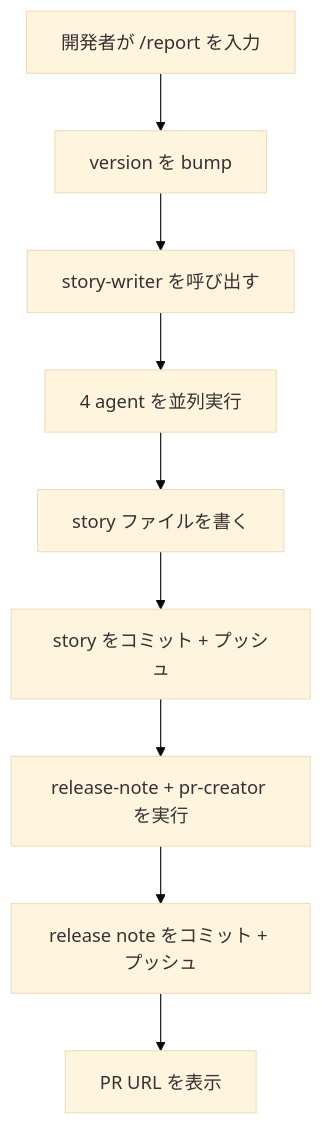
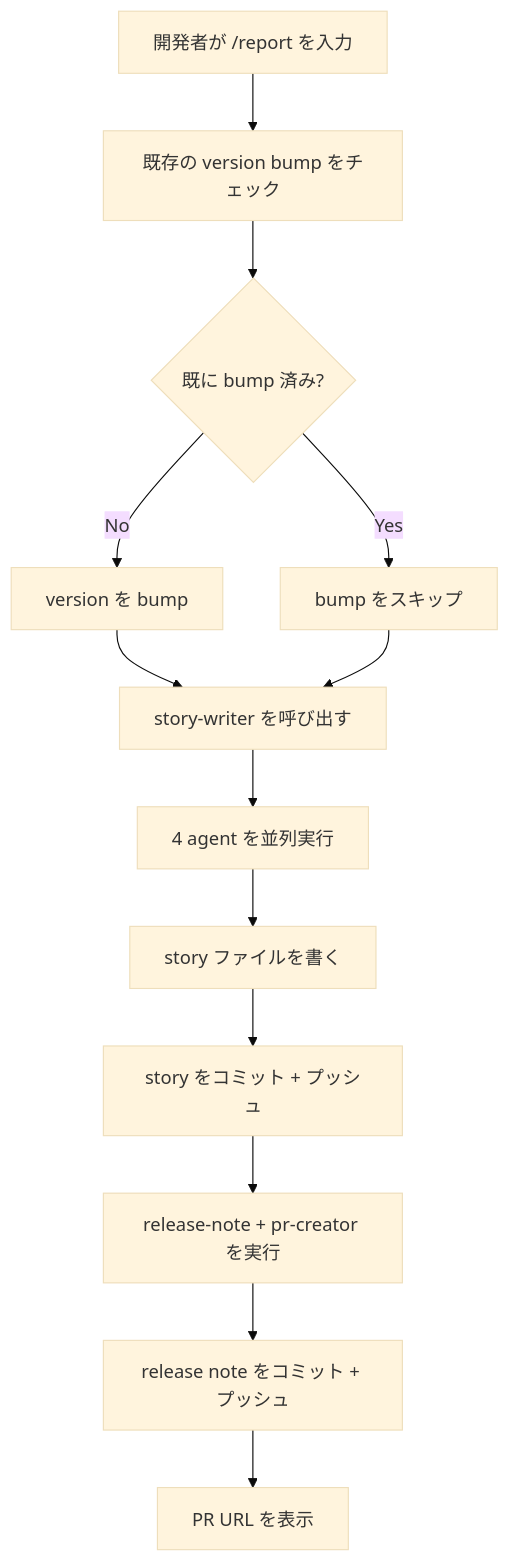
One commit to qmu/workaholic changed the fourth of 4 diagrams in .workaholic/specs/ux_ja.md. Above: the diagram before and after it, drawn with Mermaid (base theme). The commit also changed other lines of this file and 29 other files, not shown here.

````diff
--- a/.workaholic/specs/ux_ja.md
+++ b/.workaholic/specs/ux_ja.md
@@ -311,11 +316,15 @@
 ```mermaid
 flowchart TD
-    Start["開発者が /report を入力"] --> Bump["version を bump"]
+    Start["開発者が /report を入力"] --> Check["既存の version bump をチェック"]
+    Check --> Bumped{既に bump 済み?}
+    Bumped -->|No| Bump["version を bump"]
+    Bumped -->|Yes| Skip["bump をスキップ"]
     Bump --> Story["story-writer を呼び出す"]
+    Skip --> Story
     Story --> Agents["4 agent を並列実行"]
     Agents --> Write["story ファイルを書く"]
     Write --> CommitStory["story をコミット + プッシュ"]
     CommitStory --> Release["release-note + pr-creator を実行"]
     Release --> CommitRelease["release note をコミット + プッシュ"]
     CommitRelease --> URL["PR URL を表示"]
 ```
````
